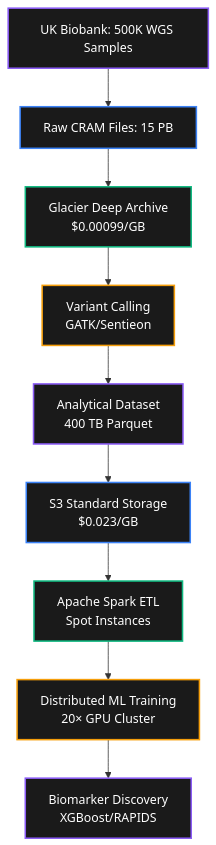
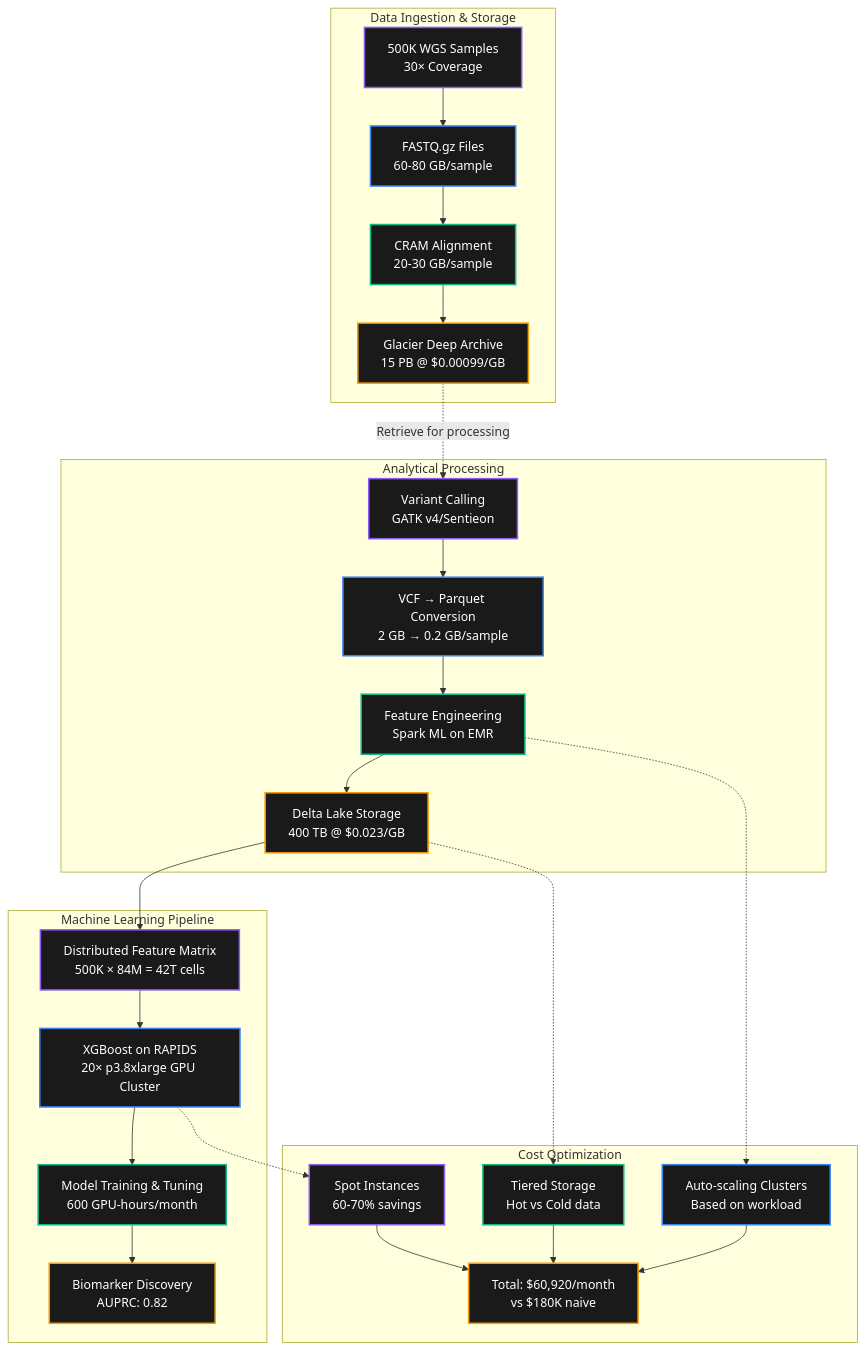
Before and after one commit to idrees118/idrees118.github.io: the diagram in index.md, drawn with Mermaid. The commit also changed other lines of this file, not shown here.

```diff
--- a/index.md
+++ b/index.md
@@ -625,21 +625,66 @@
                 <div class="mermaid">
-graph TD
-    A[UK Biobank: 500K WGS Samples] --> B[Raw CRAM Files: 15 PB]
-    B --> C[Glacier Deep Archive<br/>$0.00099/GB]
-    C --> D[Variant Calling<br/>GATK/Sentieon]
-    D --> E[Analytical Dataset<br/>400 TB Parquet]
-    E --> F[S3 Standard Storage<br/>$0.023/GB]
-    F --> G[Apache Spark ETL<br/>Spot Instances]
-    G --> H[Distributed ML Training<br/>20× GPU Cluster]
-    H --> I[Biomarker Discovery<br/>XGBoost/RAPIDS]
+graph TB
+    subgraph "Data Ingestion & Storage"
+        A[500K WGS Samples<br/>30× Coverage]
+        B[FASTQ.gz Files<br/>60-80 GB/sample]
+        C[CRAM Alignment<br/>20-30 GB/sample]
+        D[Glacier Deep Archive<br/>15 PB @ $0.00099/GB]
+        
+        A --> B
+        B --> C
+        C --> D
+    end
     
+    subgraph "Analytical Processing"
+        E[Variant Calling<br/>GATK v4/Sentieon]
+        F[VCF → Parquet Conversion<br/>2 GB → 0.2 GB/sample]
+        G[Feature Engineering<br/>Spark ML on EMR]
+        H[Delta Lake Storage<br/>400 TB @ $0.023/GB]
+        
+        D -.->|Retrieve for processing| E
+        E --> F
+        F --> G
+        G --> H
+    end
+    
+    subgraph "Machine Learning Pipeline"
+        I[Distributed Feature Matrix<br/>500K × 84M = 42T cells]
+        J[XGBoost on RAPIDS<br/>20× p3.8xlarge GPU Cluster]
+        K[Model Training & Tuning<br/>600 GPU-hours/month]
+        L[Biomarker Discovery<br/>AUPRC: 0.82]
+        
+        H --> I
+        I --> J
+        J --> K
+        K --> L
+    end
+    
+    subgraph "Cost Optimization"
+        M[Spot Instances<br/>60-70% savings]
+        N[Auto-scaling Clusters<br/>Based on workload]
+        O[Tiered Storage<br/>Hot vs Cold data]
+        P[Total: $60,920/month<br/>vs $180K naive]
+        
+        J -.-> M
+        G -.-> N
+        H -.-> O
+        M & N & O --> P
+    end
+
     style A fill:#1a1a1a,stroke:#8b5cf6,stroke-width:2px,color:#ffffff
     style B fill:#1a1a1a,stroke:#3b82f6,stroke-width:2px,color:#ffffff
     style C fill:#1a1a1a,stroke:#10b981,stroke-width:2px,color:#ffffff
     style D fill:#1a1a1a,stroke:#f59e0b,stroke-width:2px,color:#ffffff
     style E fill:#1a1a1a,stroke:#8b5cf6,stroke-width:2px,color:#ffffff
     style F fill:#1a1a1a,stroke:#3b82f6,stroke-width:2px,color:#ffffff
     style G fill:#1a1a1a,stroke:#10b981,stroke-width:2px,color:#ffffff
     style H fill:#1a1a1a,stroke:#f59e0b,stroke-width:2px,color:#ffffff
     style I fill:#1a1a1a,stroke:#8b5cf6,stroke-width:2px,color:#ffffff
+    style J fill:#1a1a1a,stroke:#3b82f6,stroke-width:2px,color:#ffffff
+    style K fill:#1a1a1a,stroke:#10b981,stroke-width:2px,color:#ffffff
+    style L fill:#1a1a1a,stroke:#f59e0b,stroke-width:2px,color:#ffffff
+    style M fill:#1a1a1a,stroke:#8b5cf6,stroke-width:2px,color:#ffffff
+    style N fill:#1a1a1a,stroke:#3b82f6,stroke-width:2px,color:#ffffff
+    style O fill:#1a1a1a,stroke:#10b981,stroke-width:2px,color:#ffffff
+    style P fill:#1a1a1a,stroke:#f59e0b,stroke-width:2px,color:#ffffff
                 </div>
```
